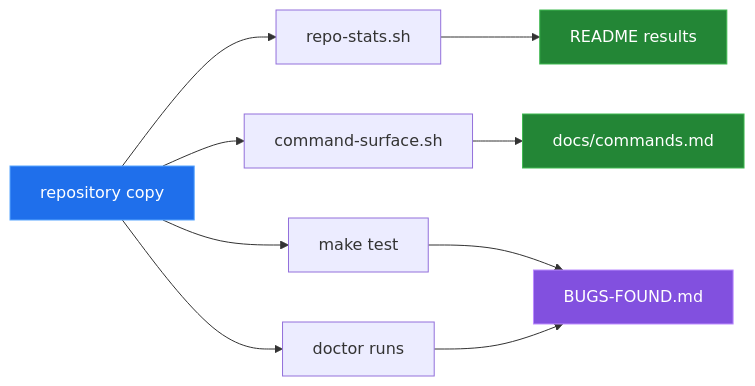
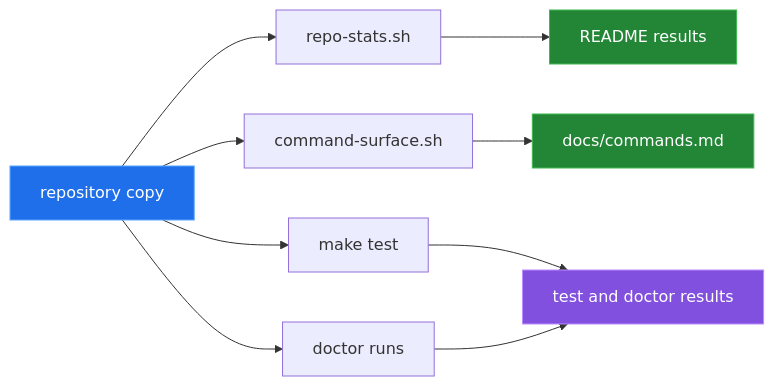
The diagram in docs/measurement.md (Bissbert/topdesk-cli), drawn with Mermaid before and after one commit. The commit also changed other lines of this file and 8 other files, not shown here.

Commit message:
Docs: drop BUGS-FOUND.md, bugs are tracked as issues

````diff
--- a/docs/measurement.md
+++ b/docs/measurement.md
@@ -20,16 +20,16 @@
 ```mermaid
 flowchart LR
     S["repository copy"] --> R["repo-stats.sh"]
     S --> C["command-surface.sh"]
     S --> T["make test"]
     S --> D["doctor runs"]
     R --> N["README results"]
     C --> M["docs/commands.md"]
-    T --> B["BUGS-FOUND.md"]
+    T --> B["test and doctor results"]
     D --> B
 
     style S fill:#1f6feb,stroke:#58a6ff,color:#fff
     style N fill:#238636,stroke:#3fb950,color:#fff
     style M fill:#238636,stroke:#3fb950,color:#fff
     style B fill:#8250df,stroke:#bc8cff,color:#fff
 ```
````
